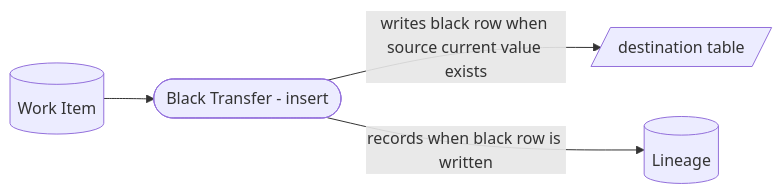
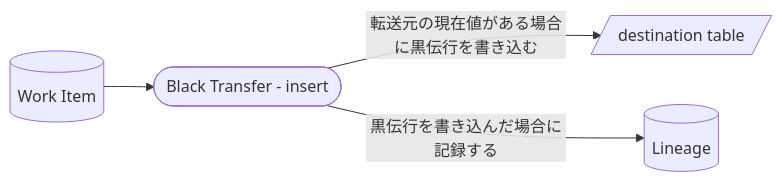
Before and after one commit to mk3008/rawsql-ts: the sixth of 9 diagrams in packages/transfer/docs/processes/transfer-execution-process.md, drawn with Mermaid. The commit also changed other lines of this file and 70 other files, not shown here.

````diff
--- a/packages/transfer/docs/processes/transfer-execution-process.md
+++ b/packages/transfer/docs/processes/transfer-execution-process.md
@@ -126,11 +108,11 @@
 ```mermaid
 flowchart LR
   WorkItem[("Work Item")]
   BlackTransfer(["Black Transfer - insert"])
   DestinationTable[/"destination table"/]
   Lineage[("Lineage")]
 
   WorkItem --> BlackTransfer
-  BlackTransfer -->|"writes black row when source current value exists"| DestinationTable
-  BlackTransfer -->|"records when black row is written"| Lineage
+  BlackTransfer -->|"転送元の現在値がある場合に黒伝行を書き込む"| DestinationTable
+  BlackTransfer -->|"黒伝行を書き込んだ場合に記録する"| Lineage
 ```
````
